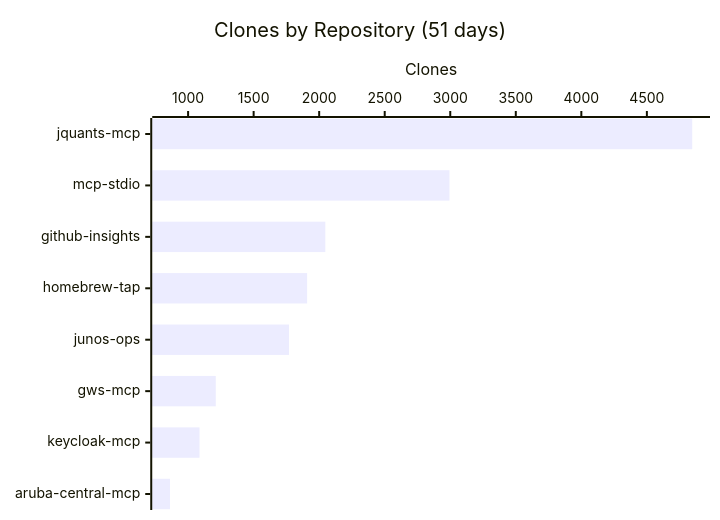
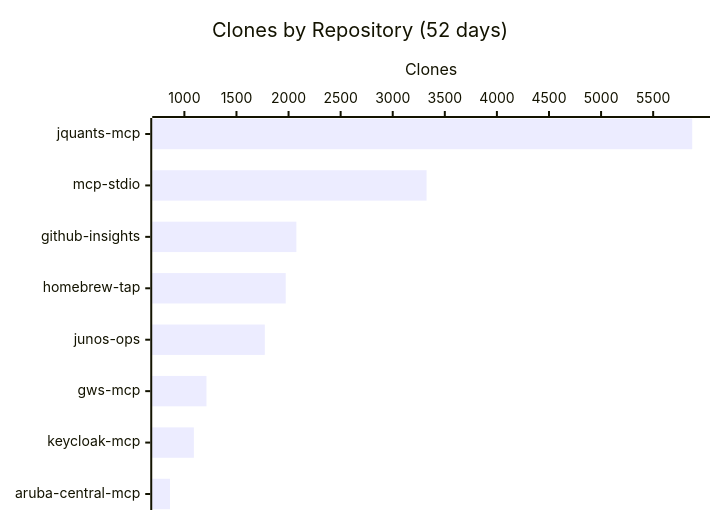
Before and after one commit to shigechika/github-insights: the third of 3 diagrams in README.md, drawn with Mermaid. The commit also changed other lines of this file and 2 other files, not shown here.

````diff
--- a/README.md
+++ b/README.md
@@ -38,7 +38,7 @@
 ```mermaid
 xychart-beta horizontal
-    title "Clones by Repository (51 days)"
+    title "Clones by Repository (52 days)"
     x-axis ["jquants-mcp", "mcp-stdio", "github-insights", "homebrew-tap", "junos-ops", "gws-mcp", "keycloak-mcp", "aruba-central-mcp"]
     y-axis "Clones"
-    bar [4846, 2994, 2047, 1908, 1770, 1211, 1087, 862]
+    bar [5875, 3325, 2075, 1973, 1772, 1212, 1091, 862]
 ```
````
